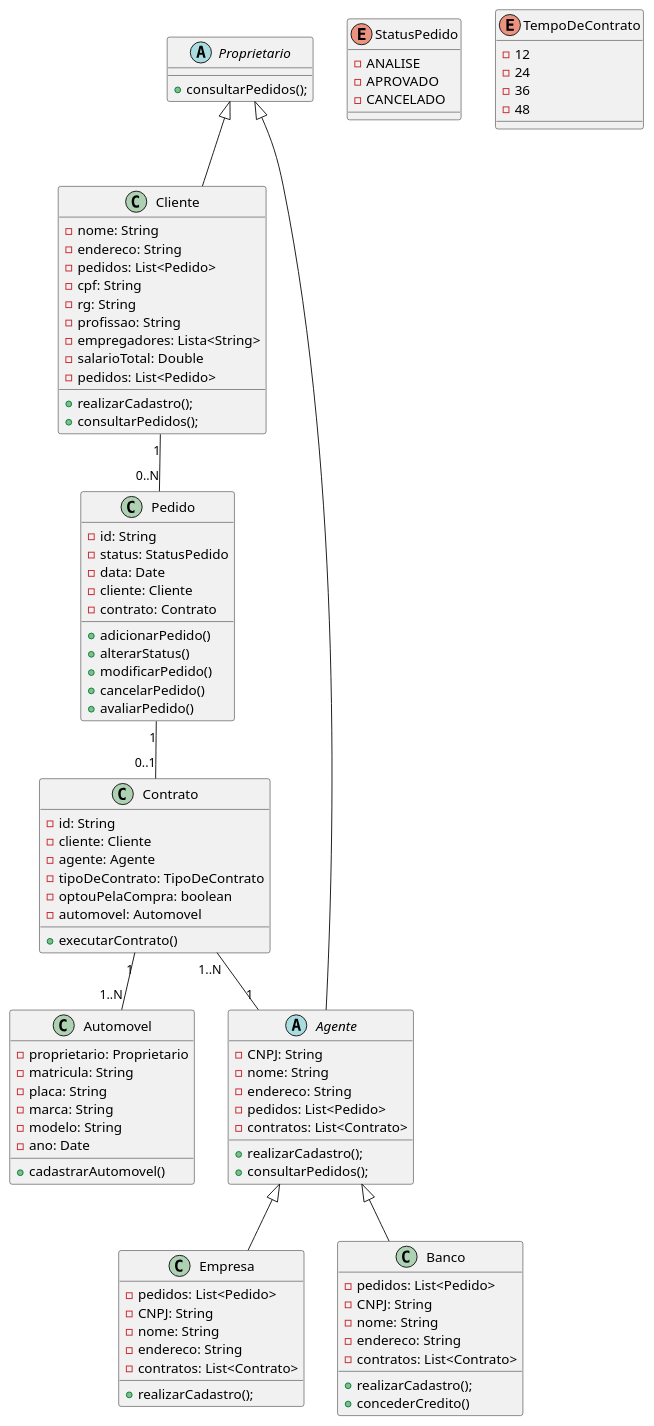
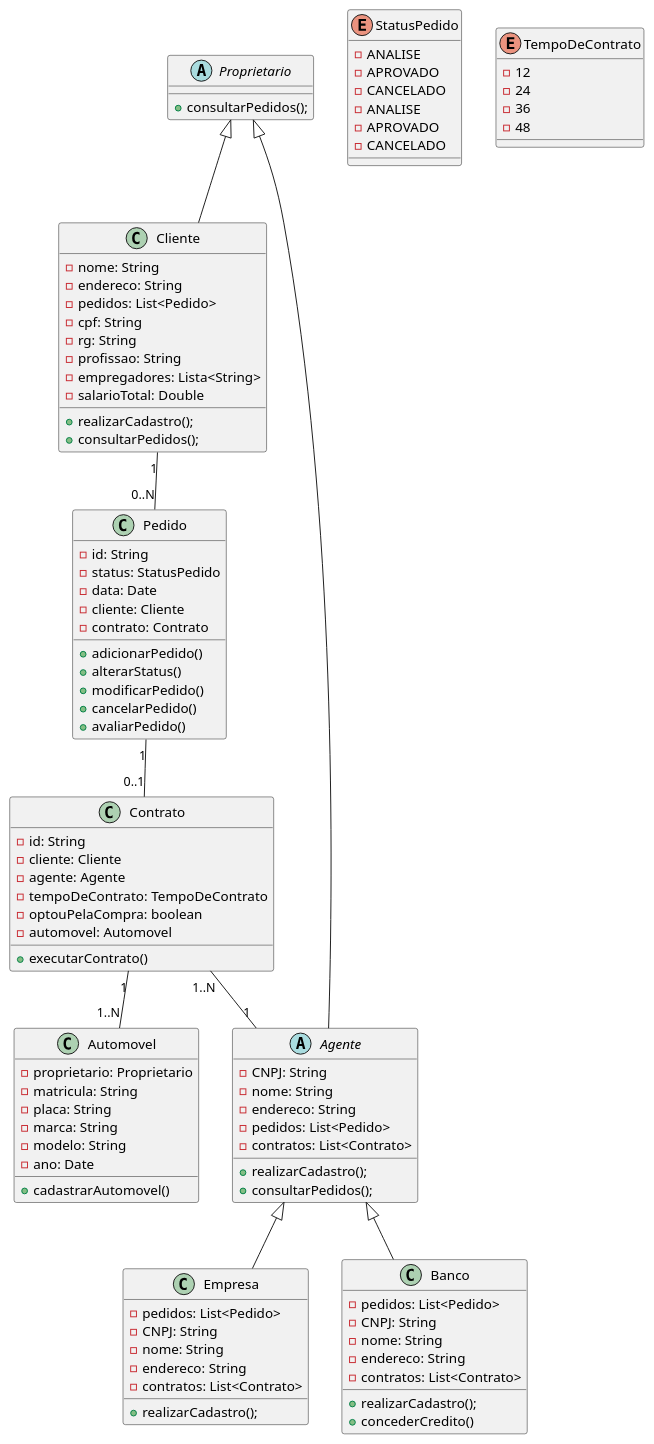
One commit to oarthurfc/LDS-2 changed the diagram in project/code/classDiagram.puml. Above: the diagram before and after it, drawn with PlantUML.

Commit message:
fix: Corrigindo diagrama de classes

```diff
--- a/project/code/classDiagram.puml
+++ b/project/code/classDiagram.puml
@@ -1,114 +1,119 @@
 @startuml
 abstract Class Proprietario {
   
 
     +consultarPedidos();
 }
 
 Class Cliente extends Proprietario
 {   
     -nome: String
     -endereco: String
     -pedidos: List<Pedido>
     -cpf: String
     -rg: String
     -profissao: String
     -empregadores: Lista<String>
     -salarioTotal: Double
-    -pedidos: List<Pedido>
 
     +realizarCadastro();
     +consultarPedidos();
 }
 
 abstract Class Agente extends Proprietario
 {
     -CNPJ: String
     -nome: String
     -endereco: String
     -pedidos: List<Pedido>
     -contratos: List<Contrato>
     
     +realizarCadastro();
     +consultarPedidos();
 }
 
 Class Empresa extends Agente
 {   
     -pedidos: List<Pedido>
     -CNPJ: String
     -nome: String
     -endereco: String
     -contratos: List<Contrato>
 
     +realizarCadastro();
 }
 
 Class Banco extends Agente
 {   
     -pedidos: List<Pedido>
     -CNPJ: String
     -nome: String
     -endereco: String
     -contratos: List<Contrato>
 
     +realizarCadastro();
     +concederCredito()
 }
 
 class Pedido 
 {
     -id: String
     -status: StatusPedido
     -data: Date
     -cliente: Cliente
     -contrato: Contrato
     
     +adicionarPedido()
     +alterarStatus()
     +modificarPedido()
     +cancelarPedido()
     +avaliarPedido()
 }
 
 Enum StatusPedido {
     -ANALISE
     -APROVADO
     -CANCELADO
 }
 
 Class Contrato 
 {
     -id: String
     -cliente: Cliente
     -agente: Agente
-    -tipoDeContrato: TipoDeContrato
+    -tempoDeContrato: TempoDeContrato
     -optouPelaCompra: boolean
     -automovel: Automovel
     +executarContrato()
+}
+
+Enum StatusPedido {
+    -ANALISE
+    -APROVADO
+    -CANCELADO
 }
 
 Class Automovel
 {   
     -proprietario: Proprietario
     -matricula: String
     -placa: String
     -marca: String
     -modelo: String
     -ano: Date
     +cadastrarAutomovel()
 }
 
 Enum TempoDeContrato {
     -12
     -24
     -36
     -48
 }
 
 Cliente "1" -- "0..N" Pedido
 Pedido "1" -- "0..1" Contrato
 Contrato "1..N" -- "1" Agente
 Contrato "1" -- "1..N" Automovel
 
 @enduml
```
